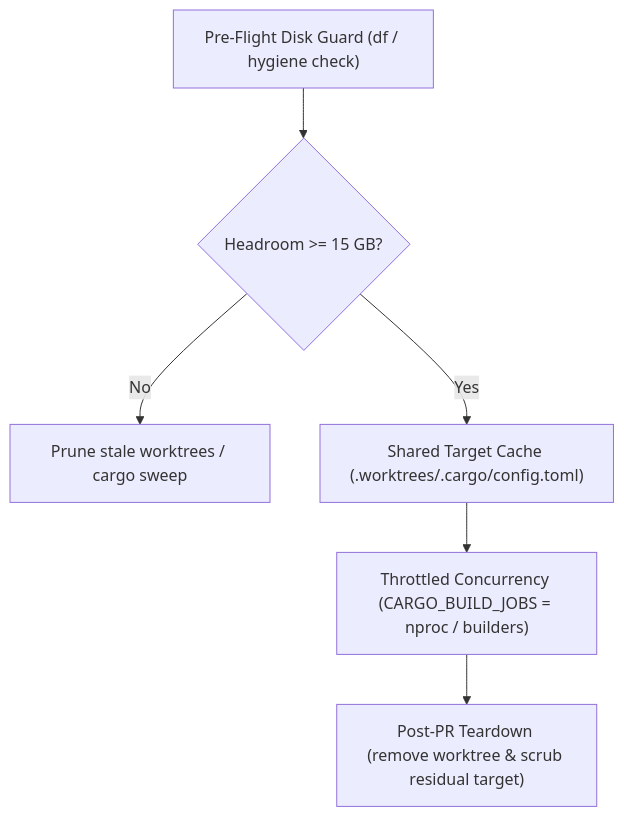
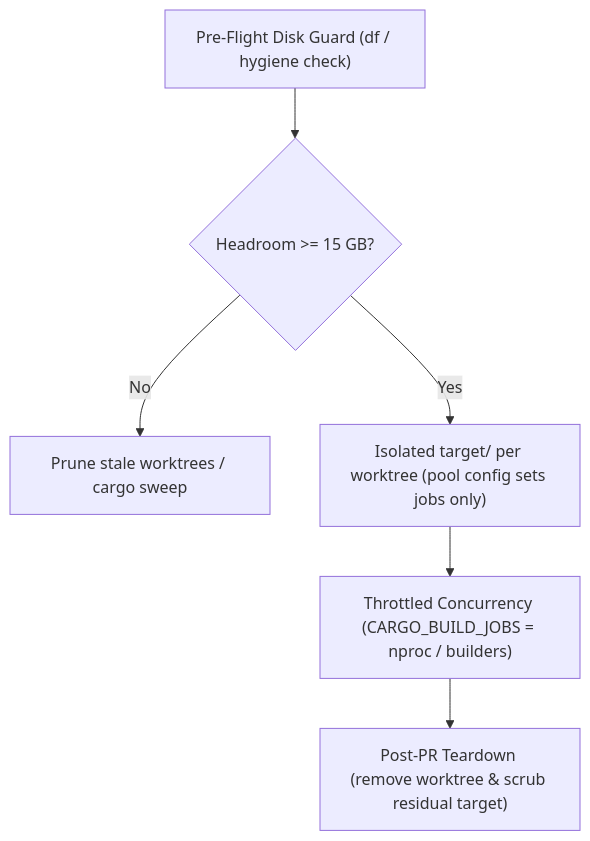
The diagram in skills/cargo-worktree-hygiene/SKILL.md (sirius-cc-wu/sirius-skills), drawn with Mermaid before and after one commit. The commit also changed other lines of this file and 4 other files, not shown here.

Commit message:
fix(worktree): isolate Cargo target directory per worktree

````diff
--- a/skills/cargo-worktree-hygiene/SKILL.md
+++ b/skills/cargo-worktree-hygiene/SKILL.md
@@ -29,8 +29,8 @@
 ```mermaid
 flowchart TD
     A["Pre-Flight Disk Guard (df / hygiene check)"] --> B{"Headroom >= 15 GB?"}
     B -- No --> C["Prune stale worktrees / cargo sweep"]
-    B -- Yes --> D["Shared Target Cache (.worktrees/.cargo/config.toml)"]
+    B -- Yes --> D["Isolated target/ per worktree (pool config sets jobs only)"]
     D --> E["Throttled Concurrency (CARGO_BUILD_JOBS = nproc / builders)"]
     E --> F["Post-PR Teardown (remove worktree & scrub residual target)"]
 ```
````
